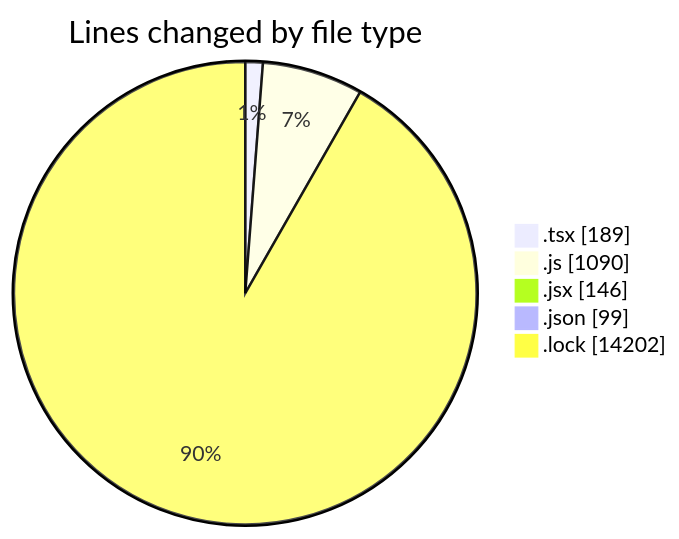
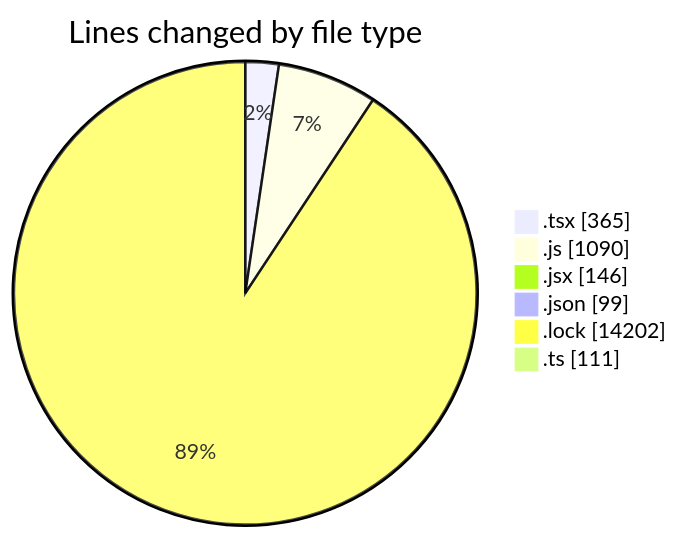
The first of 2 diagrams in 2025-05-08/cda/README.md (momahboobian/code-tracking), drawn with Mermaid before and after one commit. The commit also changed other lines of this file and 1 other file, not shown here.

````diff
--- a/2025-05-08/cda/README.md
+++ b/2025-05-08/cda/README.md
@@ -29,9 +32,10 @@
 ```mermaid
 pie showData
 title Lines changed by file type
-".tsx" : 189
+".tsx" : 365
 ".js" : 1090
 ".jsx" : 146
 ".json" : 99
 ".lock" : 14202
+".ts" : 111
 ```
````
